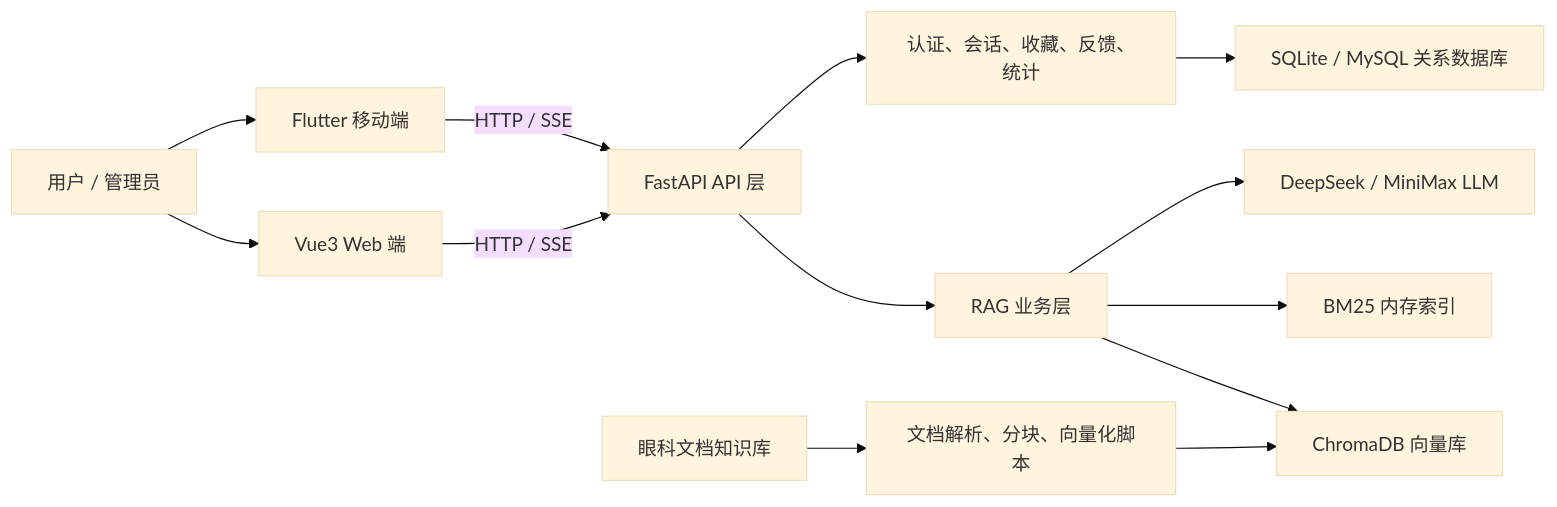
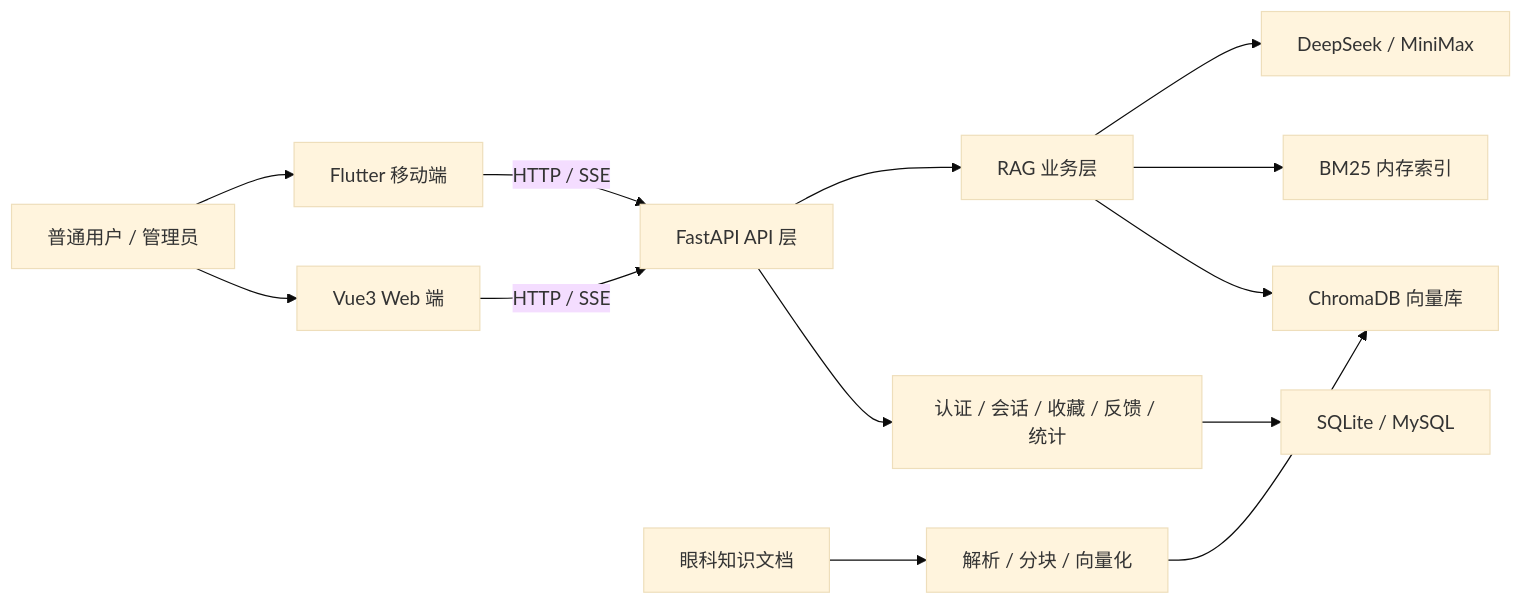
The first of 2 diagrams in README.md (org666233/EyeRAG), drawn with Mermaid (base theme) before and after one commit. The commit also changed other lines of this file and 3 other files, not shown here.

````diff
--- a/README.md
+++ b/README.md
@@ -20,18 +20,19 @@
 ```mermaid
 flowchart LR
-    U["用户 / 管理员"] --> W["Vue3 Web 端"]
-    U --> M["Flutter 移动端"]
-    W -->|"HTTP / SSE"| A["FastAPI API 层"]
-    M -->|"HTTP / SSE"| A
+    User["普通用户 / 管理员"] --> Web["Vue3 Web 端"]
+    User --> Mobile["Flutter 移动端"]
 
-    A --> R["RAG 业务层"]
-    A --> B["认证、会话、收藏、反馈、统计"]
+    Web -->|"HTTP / SSE"| API["FastAPI API 层"]
+    Mobile -->|"HTTP / SSE"| API
 
-    R --> V["ChromaDB 向量库"]
-    R --> BM["BM25 内存索引"]
-    R --> L["DeepSeek / MiniMax LLM"]
-    B --> D["SQLite / MySQL 关系数据库"]
+    API --> Auth["认证 / 会话 / 收藏 / 反馈 / 统计"]
+    API --> RAG["RAG 业务层"]
 
-    K["眼科文档知识库"] --> I["文档解析、分块、向量化脚本"]
-    I --> V
+    Auth --> SQL["SQLite / MySQL"]
+    RAG --> Vec["ChromaDB 向量库"]
+    RAG --> BM25["BM25 内存索引"]
+    RAG --> LLM["DeepSeek / MiniMax"]
+
+    Corpus["眼科知识文档"] --> Ingest["解析 / 分块 / 向量化"]
+    Ingest --> Vec
 ```
````
